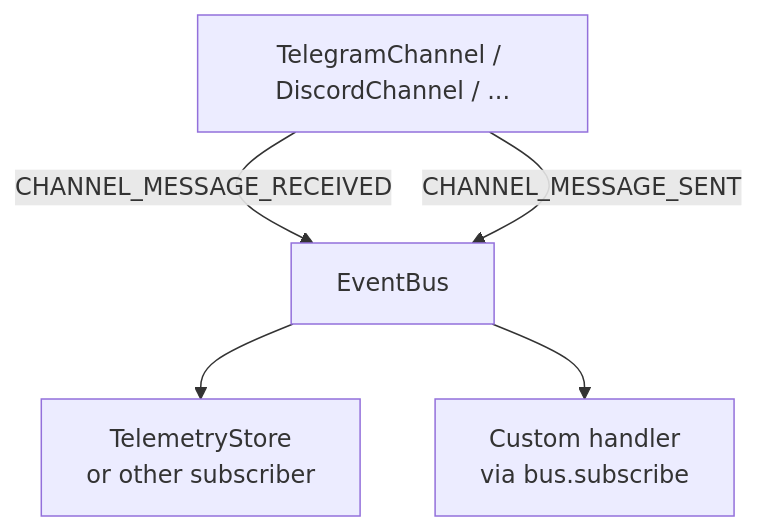
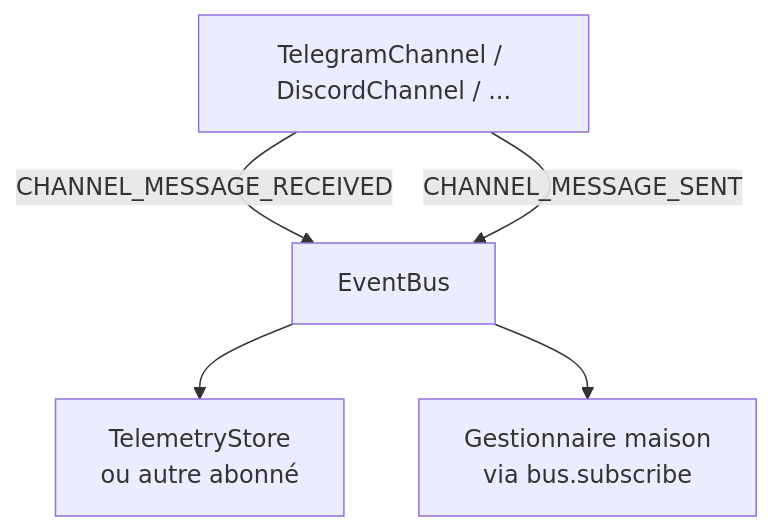
One commit to carlitoetienne01-spec/Diapason changed the third of 3 diagrams in docs/architecture/channels.md. Above: the diagram before and after it, drawn with Mermaid. The commit also changed other lines of this file and 257 other files, not shown here.

````diff
--- a/docs/architecture/channels.md
+++ b/docs/architecture/channels.md
@@ -121,7 +121,7 @@
 ```mermaid
 flowchart TB
     A[TelegramChannel / DiscordChannel / ...] -->|CHANNEL_MESSAGE_RECEIVED| B[EventBus]
     A -->|CHANNEL_MESSAGE_SENT| B
-    B --> C[TelemetryStore\nor other subscriber]
-    B --> D[Custom handler\nvia bus.subscribe]
+    B --> C[TelemetryStore\nou autre abonné]
+    B --> D[Gestionnaire maison\nvia bus.subscribe]
 ```
````
